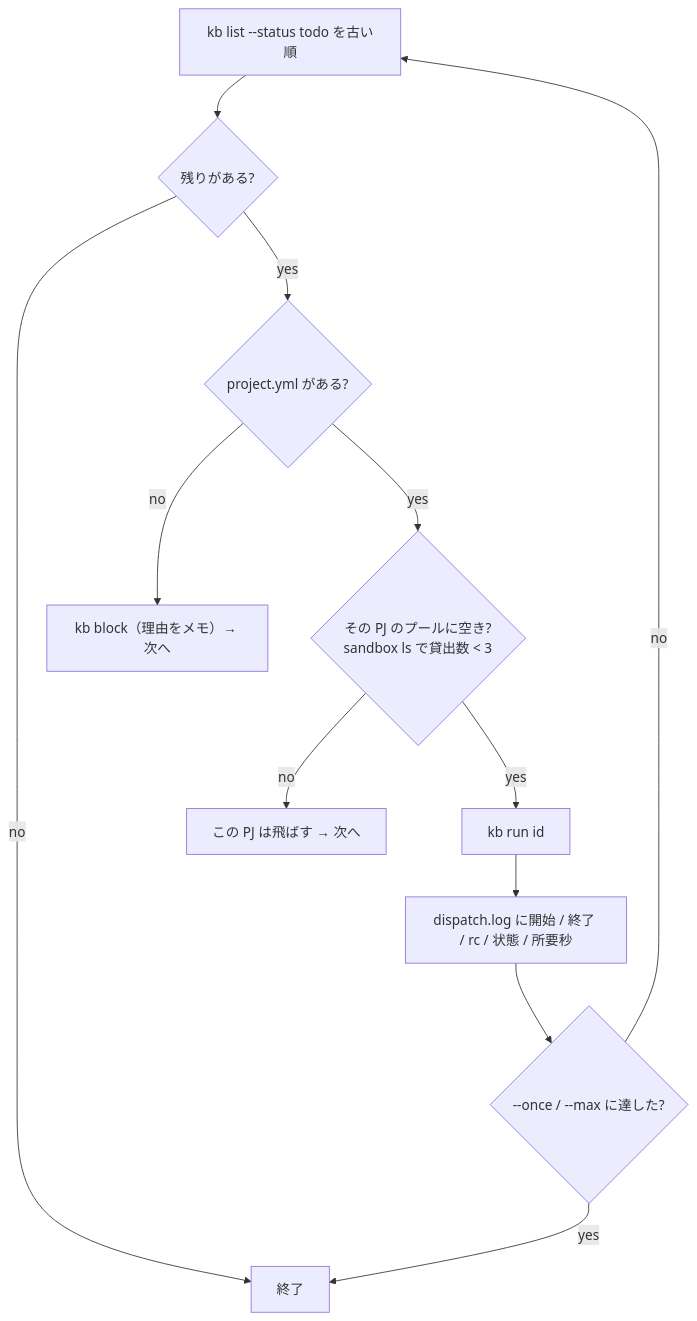
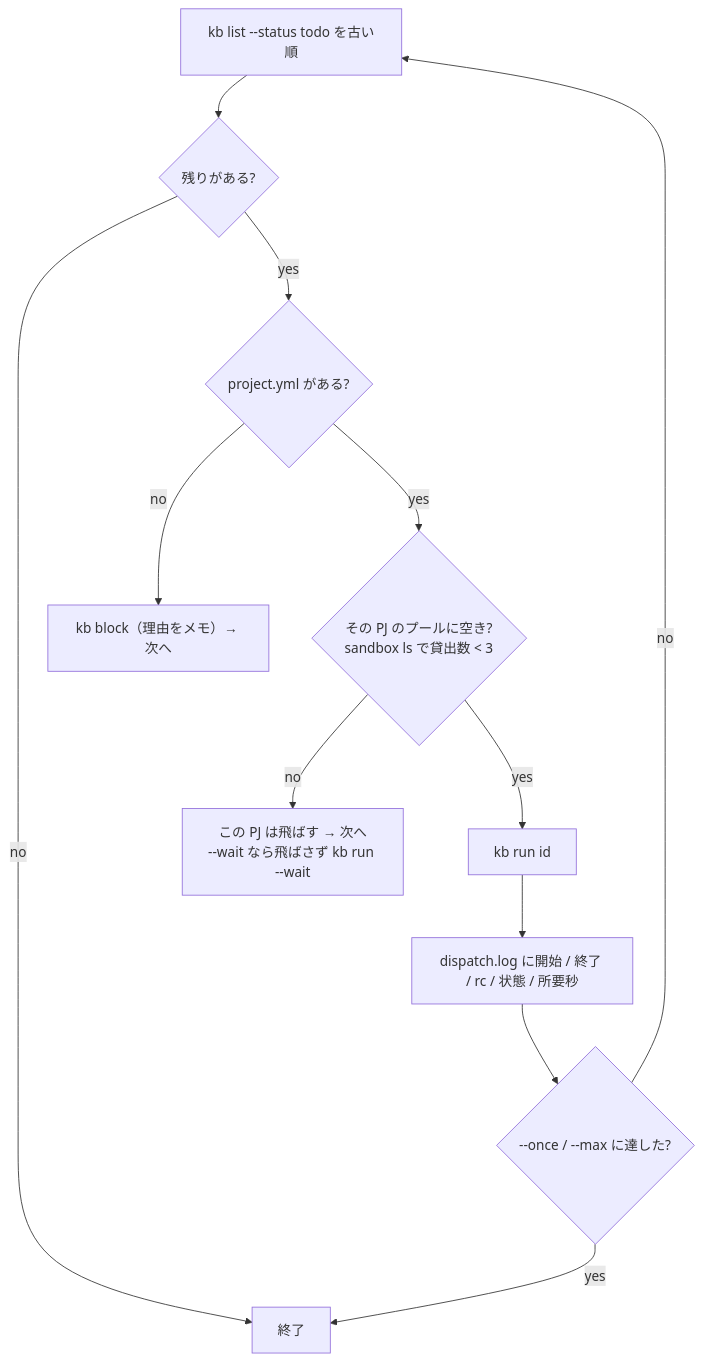
Before and after one commit to akkijp-oss/aifactory: the diagram in website/content/ja/reference/cli-glue.md, drawn with Mermaid. The commit also changed other lines of this file and 12 other files, not shown here.

````diff
--- a/website/content/ja/reference/cli-glue.md
+++ b/website/content/ja/reference/cli-glue.md
@@ -67,14 +68,14 @@
 ```mermaid
 flowchart TD
   A[kb list --status todo を古い順] --> B{残りがある?}
   B -->|no| Z[終了]
   B -->|yes| C{project.yml がある?}
   C -->|no| D[kb block（理由をメモ）→ 次へ]
   C -->|yes| E{その PJ のプールに空き?<br>sandbox ls で貸出数 < 3}
-  E -->|no| F[この PJ は飛ばす → 次へ]
+  E -->|no| F[この PJ は飛ばす → 次へ<br>--wait なら飛ばさず kb run --wait]
   E -->|yes| G[kb run id]
   G --> H[dispatch.log に開始 / 終了 / rc / 状態 / 所要秒]
   H --> I{--once / --max に達した?}
   I -->|no| A
   I -->|yes| Z
 ```
````
